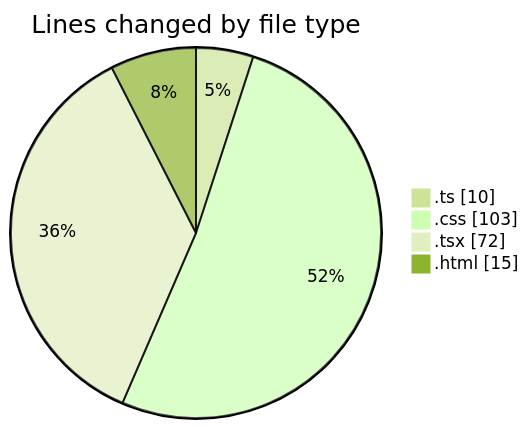
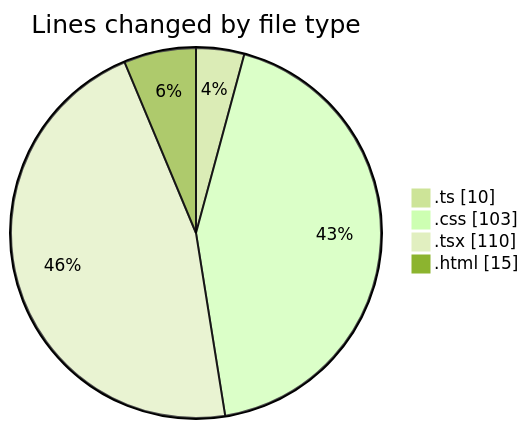
One commit to EIIisD/code-tracking changed the first of 2 diagrams in 2025-07-31/tw-server/README.md. Above: the diagram before and after it, drawn with Mermaid (forest theme). The commit also changed other lines of this file and 1 other file, not shown here.

````diff
--- a/2025-07-31/tw-server/README.md
+++ b/2025-07-31/tw-server/README.md
@@ -25,8 +25,8 @@
 ```mermaid
 pie showData
 title Lines changed by file type
 ".ts" : 10
 ".css" : 103
-".tsx" : 72
+".tsx" : 110
 ".html" : 15
 ```
````
